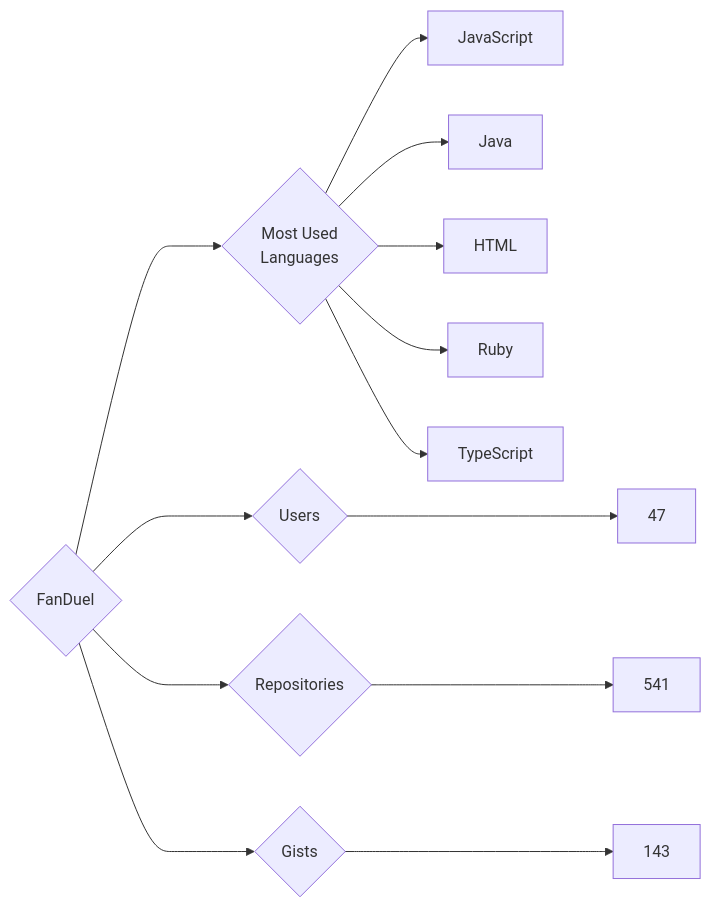
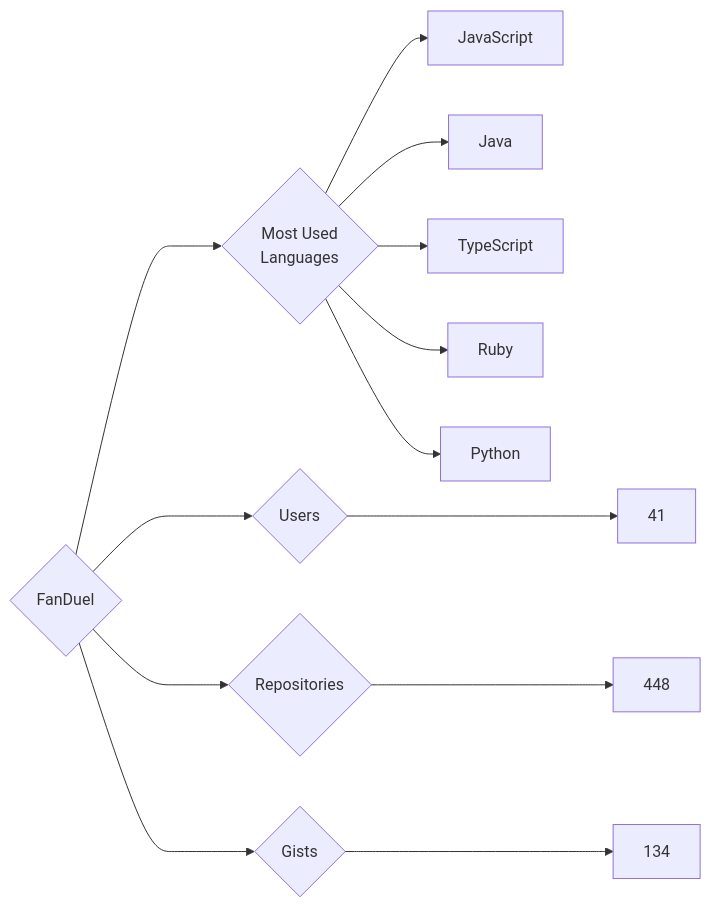
One commit to trickest/insiders changed the diagram in targets/FanDuel/README.md. Above: the diagram before and after it, drawn with Mermaid. The commit also changed 932 other files, not shown here.

````diff
--- a/targets/FanDuel/README.md
+++ b/targets/FanDuel/README.md
@@ -3,13 +3,13 @@
 ```mermaid
 graph LR
 COMPANY_NAME{FanDuel}
-COMPANY_NAME ---> U{Users} ---> UN[47]
-COMPANY_NAME ---> R{Repositories} ---> RN[541]
-COMPANY_NAME ---> G{Gists} ---> GN[143]
+COMPANY_NAME ---> U{Users} ---> UN[41]
+COMPANY_NAME ---> R{Repositories} ---> RN[448]
+COMPANY_NAME ---> G{Gists} ---> GN[134]
 COMPANY_NAME ---> ML{Most Used<br>Languages}
 ML --> JavaScript[JavaScript]
 ML --> Java[Java]
-ML --> HTML[HTML]
+ML --> TypeScript[TypeScript]
 ML --> Ruby[Ruby]
-ML --> TypeScript[TypeScript]
+ML --> Python[Python]
 ```
````
